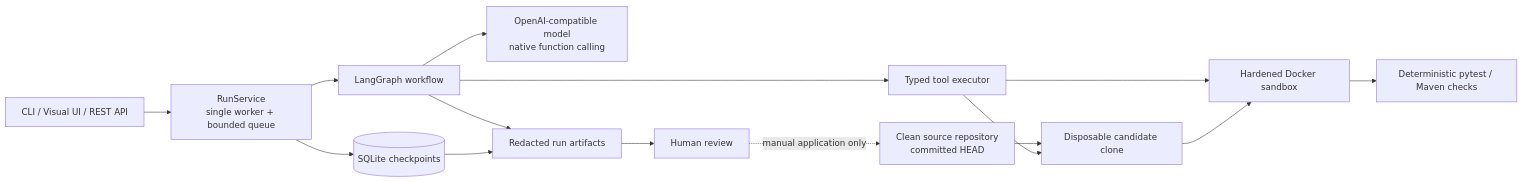
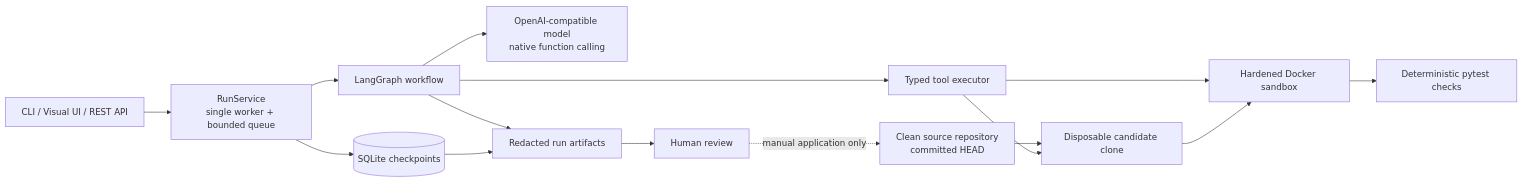
The diagram in README.md (ablecat/AgentProjects), drawn with Mermaid before and after one commit. The commit also changed other lines of this file and 103 other files, not shown here.

````diff
--- a/README.md
+++ b/README.md
@@ -44,17 +49,17 @@
 ```mermaid
 flowchart LR
     U[CLI / Visual UI / REST API] --> S[RunService<br/>single worker + bounded queue]
     S --> DB[(SQLite checkpoints)]
     S --> W[LangGraph workflow]
     W --> M[OpenAI-compatible model<br/>native function calling]
     W --> T[Typed tool executor]
     R[Clean source repository<br/>committed HEAD] --> C[Disposable candidate clone]
     T --> C
     T --> D[Hardened Docker sandbox]
     C --> D
-    D --> V[Deterministic pytest / Maven checks]
+    D --> V[Deterministic pytest checks]
     W --> A[Redacted run artifacts]
     DB --> A
     A --> H[Human review]
     H -. manual application only .-> R
 ```
````
